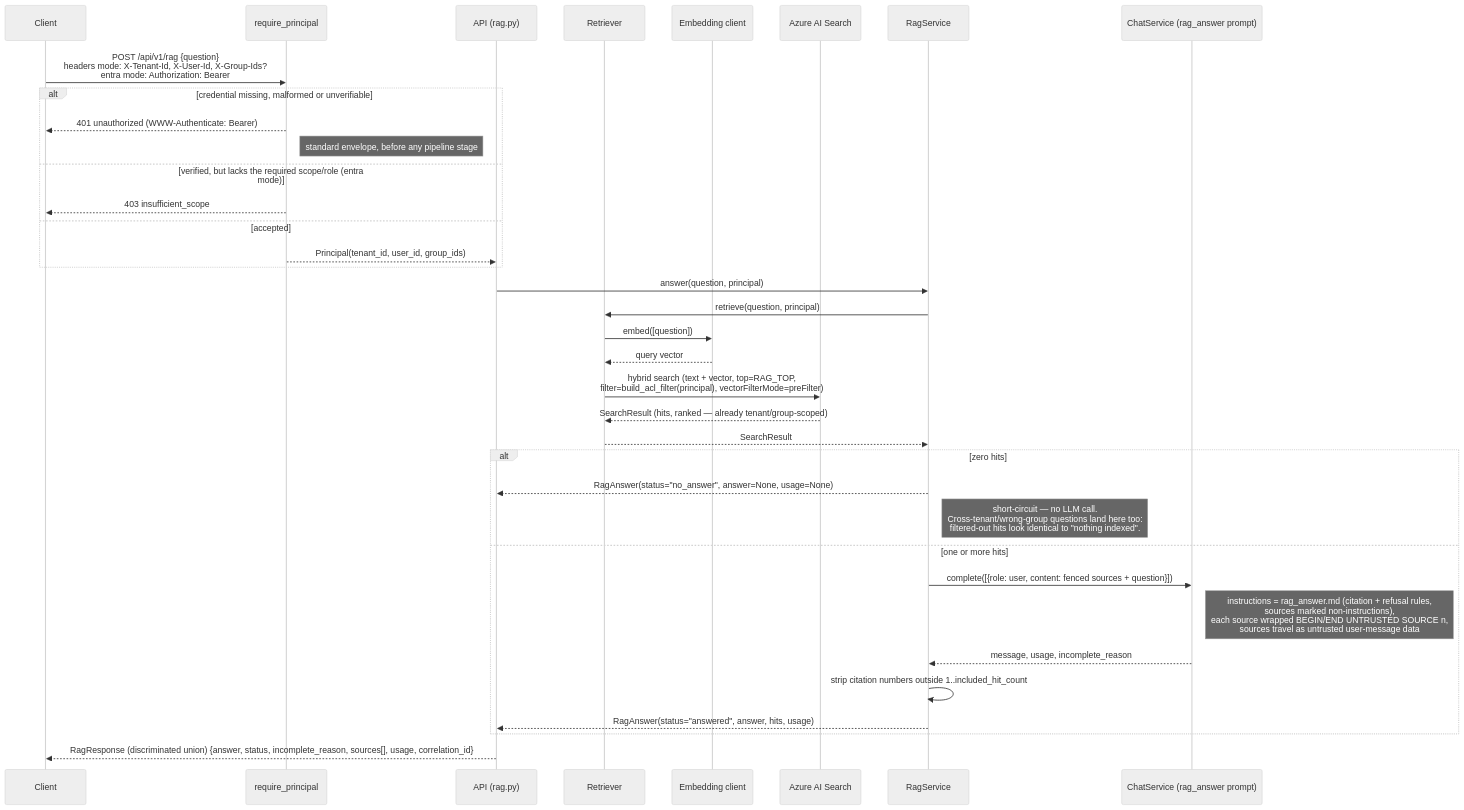
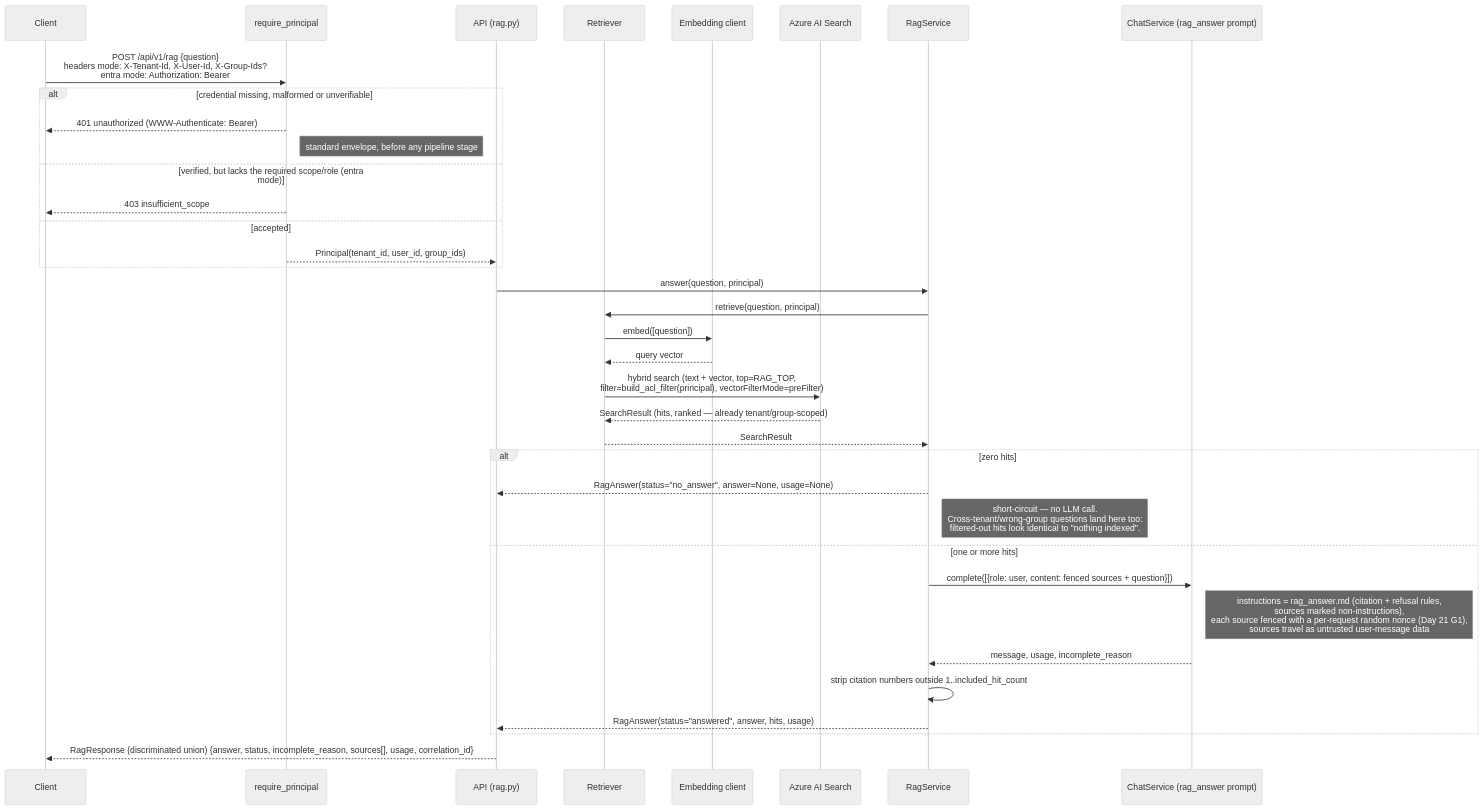
The diagram in docs/diagrams/rag-query-sequence.md (kehao-playground/azure-genai-backend-lab), drawn with Mermaid (neutral theme) before and after one commit. The commit also changed other lines of this file and 4 other files, not shown here.

````diff
--- a/docs/diagrams/rag-query-sequence.md
+++ b/docs/diagrams/rag-query-sequence.md
@@ -16,41 +16,41 @@
 ```mermaid
 sequenceDiagram
     participant Client
     participant Dep as require_principal
     participant API as API (rag.py)
     participant Retriever
     participant Embed as Embedding client
     participant Search as Azure AI Search
     participant RagService
     participant Chat as ChatService (rag_answer prompt)
 
     Client->>Dep: POST /api/v1/rag {question}<br/>headers mode: X-Tenant-Id, X-User-Id, X-Group-Ids?<br/>entra mode: Authorization: Bearer
     alt credential missing, malformed or unverifiable
         Dep-->>Client: 401 unauthorized (WWW-Authenticate: Bearer)
         Note right of Dep: standard envelope, before any pipeline stage
     else verified, but lacks the required scope/role (entra mode)
         Dep-->>Client: 403 insufficient_scope
     else accepted
         Dep-->>API: Principal(tenant_id, user_id, group_ids)
     end
     API->>RagService: answer(question, principal)
     RagService->>Retriever: retrieve(question, principal)
     Retriever->>Embed: embed([question])
     Embed-->>Retriever: query vector
     Retriever->>Search: hybrid search (text + vector, top=RAG_TOP,<br/>filter=build_acl_filter(principal), vectorFilterMode=preFilter)
     Search-->>Retriever: SearchResult (hits, ranked — already tenant/group-scoped)
     Retriever-->>RagService: SearchResult
 
     alt zero hits
         RagService-->>API: RagAnswer(status="no_answer", answer=None, usage=None)
         Note right of RagService: short-circuit — no LLM call.<br/>Cross-tenant/wrong-group questions land here too:<br/>filtered-out hits look identical to "nothing indexed".
     else one or more hits
         RagService->>Chat: complete([{role: user, content: fenced sources + question}])
-        Note right of Chat: instructions = rag_answer.md (citation + refusal rules,<br/>sources marked non-instructions),<br/>each source wrapped BEGIN/END UNTRUSTED SOURCE n,<br/>sources travel as untrusted user-message data
+        Note right of Chat: instructions = rag_answer.md (citation + refusal rules,<br/>sources marked non-instructions),<br/>each source fenced with a per-request random nonce (Day 21 G1),<br/>sources travel as untrusted user-message data
         Chat-->>RagService: message, usage, incomplete_reason
         RagService->>RagService: strip citation numbers outside 1..included_hit_count
         RagService-->>API: RagAnswer(status="answered", answer, hits, usage)
     end
 
     API-->>Client: RagResponse (discriminated union) {answer, status, incomplete_reason, sources[], usage, correlation_id}
 ```
````
